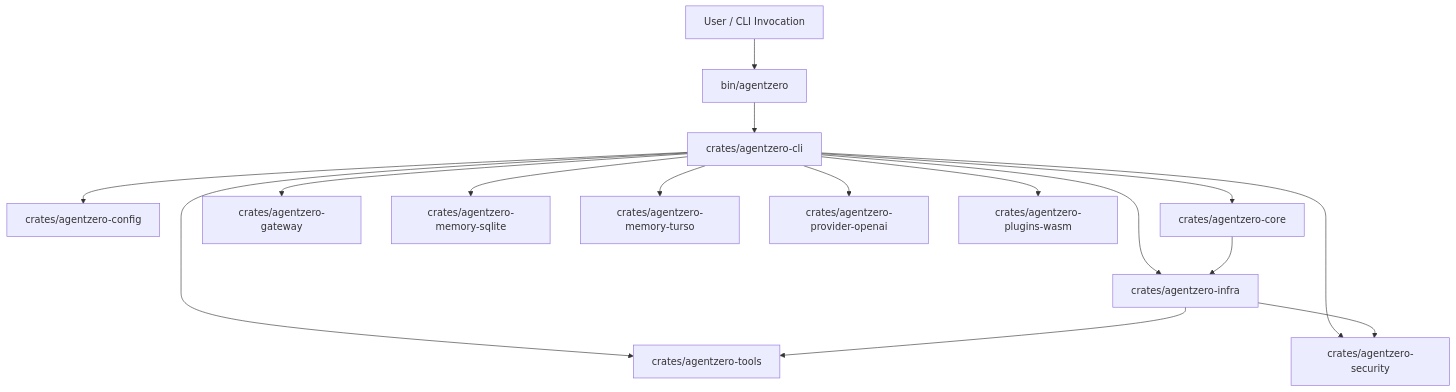
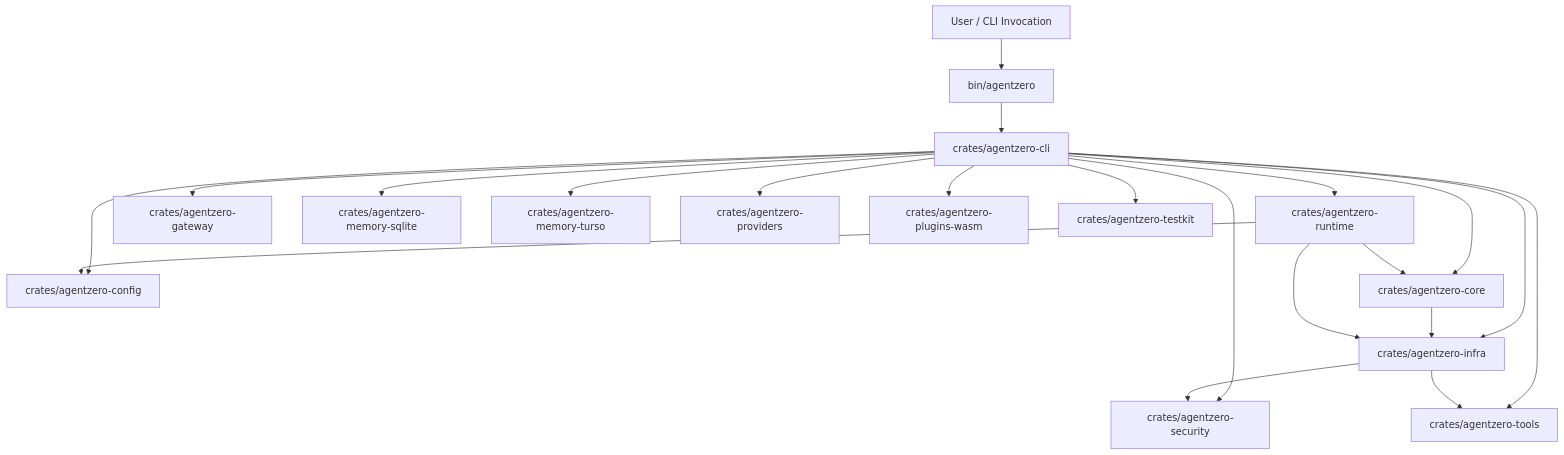
One commit to auser/agentzero changed the first of 2 diagrams in docs/ARCHITECTURE.md. Above: the diagram before and after it, drawn with Mermaid. The commit also changed other lines of this file and 79 other files, not shown here.

Commit message:
feat: advance CLI, gateway, auth, and storage architecture

````diff
--- a/docs/ARCHITECTURE.md
+++ b/docs/ARCHITECTURE.md
@@ -7,20 +7,25 @@
 ```mermaid
 flowchart TD
     U[User / CLI Invocation] --> B[bin/agentzero]
     B --> C[crates/agentzero-cli]
 
     C --> CFG[crates/agentzero-config]
     C --> CORE[crates/agentzero-core]
+    C --> RT[crates/agentzero-runtime]
     C --> GW[crates/agentzero-gateway]
     C --> INFRA[crates/agentzero-infra]
     C --> MEMSQL[crates/agentzero-memory-sqlite]
     C --> MEMTURSO[crates/agentzero-memory-turso]
-    C --> PROV[crates/agentzero-provider-openai]
+    C --> PROV[crates/agentzero-providers]
     C --> SEC[crates/agentzero-security]
     C --> TOOLS[crates/agentzero-tools]
     C --> WASM[crates/agentzero-plugins-wasm]
+    C --> TK[crates/agentzero-testkit]
 
     CORE --> INFRA
     INFRA --> TOOLS
     INFRA --> SEC
+    RT --> CORE
+    RT --> CFG
+    RT --> INFRA
 ```
````
